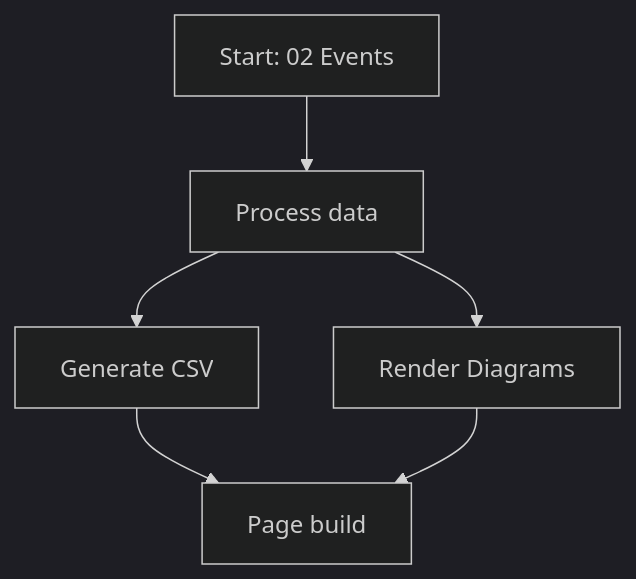
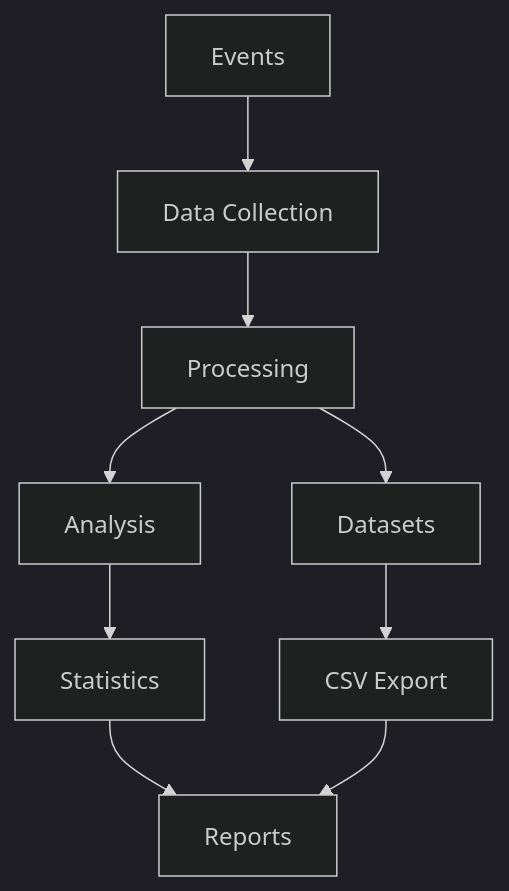
One commit to lukaszj321/otcv8-dev changed the diagram in docs/authoring/02_events/diagrams/flow.mmd. Above: the diagram before and after it, drawn with Mermaid (dark theme). The commit also changed other lines of this file and 1329 other files, not shown here.

```diff
--- a/docs/authoring/02_events/diagrams/flow.mmd
+++ b/docs/authoring/02_events/diagrams/flow.mmd
@@ -1,8 +1,9 @@
-flowchart TD
-    A[Start: 02 Events] --> B[Process data]
-    B --> C[Generate CSV]
-    B --> D[Render Diagrams]
-    C --> E[Page build]
-    D --> E
-    click B "../02_events/index.html" "Open 02 Events"
-    click E "../index.html" "Back to Authoring"
+graph TD
+    A[Events] --> B[Data Collection]
+    B --> C[Processing]
+    C --> D[Datasets]
+    C --> E[Analysis]
+    D --> F[CSV Export]
+    E --> G[Statistics]
+    G --> H[Reports]
+    F --> H
```
